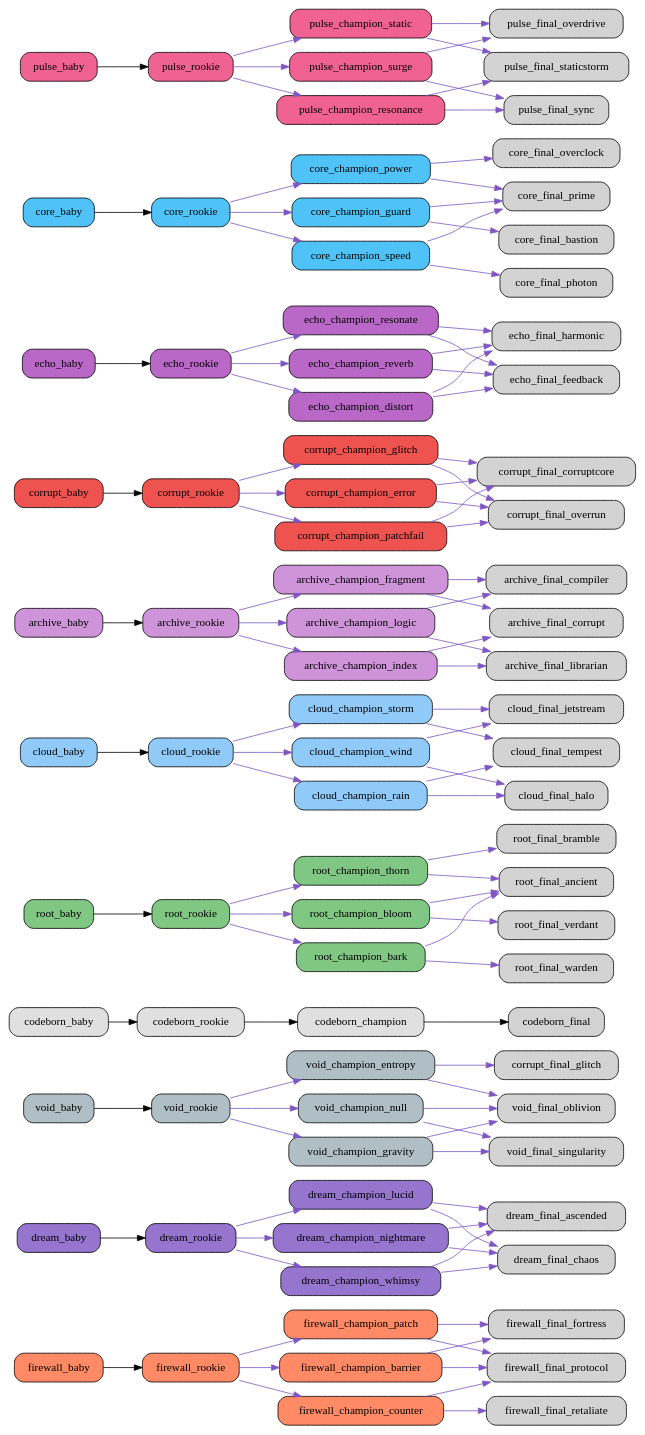
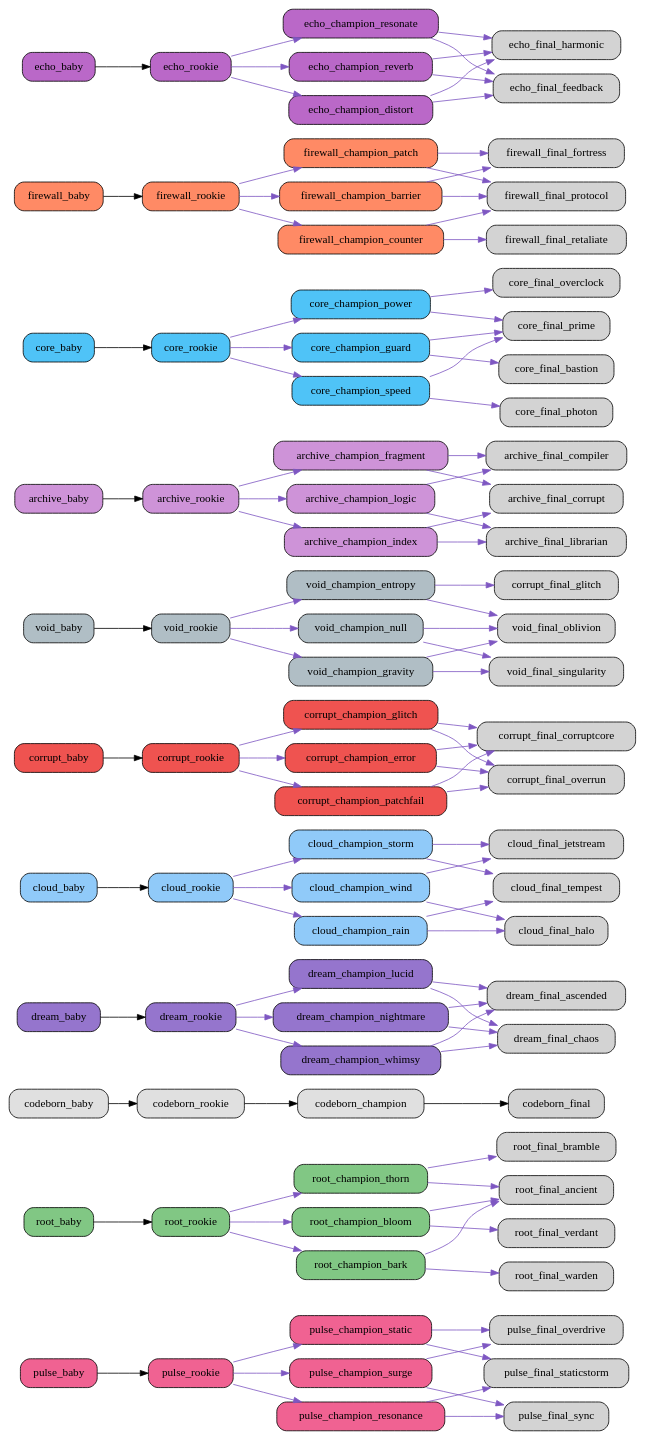
The diagram in src/netgrid/systems/evolution/graphs/full/evolution_graph.dot (bwlight/NetGrid), drawn with Graphviz before and after one commit. The commit also changed other lines of this file and 9 other files, not shown here.

Commit message:
Auto-update evolution graphs

```diff
--- a/src/netgrid/systems/evolution/graphs/full/evolution_graph.dot
+++ b/src/netgrid/systems/evolution/graphs/full/evolution_graph.dot
@@ -1,6 +1,132 @@
 digraph EvolutionTree {
   rankdir=LR;
   node [shape=box, style="rounded,filled"];
+  "pulse_baby" [fillcolor="#f06292"];
+  "pulse_baby" -> "pulse_rookie";
+  "pulse_rookie" [fillcolor="#f06292"];
+  "pulse_rookie" -> "pulse_champion_surge" [color="#7e57c2"];
+  "pulse_rookie" -> "pulse_champion_resonance" [color="#7e57c2"];
+  "pulse_rookie" -> "pulse_champion_static" [color="#7e57c2"];
+  "pulse_champion_surge" [fillcolor="#f06292"];
+  "pulse_champion_surge" -> "pulse_final_overdrive" [color="#7e57c2"];
+  "pulse_champion_surge" -> "pulse_final_sync" [color="#7e57c2"];
+  "pulse_champion_resonance" [fillcolor="#f06292"];
+  "pulse_champion_resonance" -> "pulse_final_sync" [color="#7e57c2"];
+  "pulse_champion_resonance" -> "pulse_final_staticstorm" [color="#7e57c2"];
+  "pulse_champion_static" [fillcolor="#f06292"];
+  "pulse_champion_static" -> "pulse_final_staticstorm" [color="#7e57c2"];
+  "pulse_champion_static" -> "pulse_final_overdrive" [color="#7e57c2"];
+  "root_baby" [fillcolor="#81c784"];
+  "root_baby" -> "root_rookie";
+  "root_rookie" [fillcolor="#81c784"];
+  "root_rookie" -> "root_champion_thorn" [color="#7e57c2"];
+  "root_rookie" -> "root_champion_bloom" [color="#7e57c2"];
+  "root_rookie" -> "root_champion_bark" [color="#7e57c2"];
+  "root_champion_thorn" [fillcolor="#81c784"];
+  "root_champion_thorn" -> "root_final_bramble" [color="#7e57c2"];
+  "root_champion_thorn" -> "root_final_ancient" [color="#7e57c2"];
+  "root_champion_bloom" [fillcolor="#81c784"];
+  "root_champion_bloom" -> "root_final_ancient" [color="#7e57c2"];
+  "root_champion_bloom" -> "root_final_verdant" [color="#7e57c2"];
+  "root_champion_bark" [fillcolor="#81c784"];
+  "root_champion_bark" -> "root_final_warden" [color="#7e57c2"];
+  "root_champion_bark" -> "root_final_ancient" [color="#7e57c2"];
+  "codeborn_baby" [fillcolor="#e0e0e0"];
+  "codeborn_baby" -> "codeborn_rookie";
+  "codeborn_rookie" [fillcolor="#e0e0e0"];
+  "codeborn_rookie" -> "codeborn_champion";
+  "codeborn_champion" [fillcolor="#e0e0e0"];
+  "codeborn_champion" -> "codeborn_final";
+  "dream_baby" [fillcolor="#9575cd"];
+  "dream_baby" -> "dream_rookie";
+  "dream_rookie" [fillcolor="#9575cd"];
+  "dream_rookie" -> "dream_champion_lucid" [color="#7e57c2"];
+  "dream_rookie" -> "dream_champion_nightmare" [color="#7e57c2"];
+  "dream_rookie" -> "dream_champion_whimsy" [color="#7e57c2"];
+  "dream_champion_lucid" [fillcolor="#9575cd"];
+  "dream_champion_lucid" -> "dream_final_ascended" [color="#7e57c2"];
+  "dream_champion_lucid" -> "dream_final_chaos" [color="#7e57c2"];
+  "dream_champion_nightmare" [fillcolor="#9575cd"];
+  "dream_champion_nightmare" -> "dream_final_chaos" [color="#7e57c2"];
+  "dream_champion_nightmare" -> "dream_final_ascended" [color="#7e57c2"];
+  "dream_champion_whimsy" [fillcolor="#9575cd"];
+  "dream_champion_whimsy" -> "dream_final_ascended" [color="#7e57c2"];
+  "dream_champion_whimsy" -> "dream_final_chaos" [color="#7e57c2"];
+  "cloud_baby" [fillcolor="#90caf9"];
+  "cloud_baby" -> "cloud_rookie";
+  "cloud_rookie" [fillcolor="#90caf9"];
+  "cloud_rookie" -> "cloud_champion_wind" [color="#7e57c2"];
+  "cloud_rookie" -> "cloud_champion_rain" [color="#7e57c2"];
+  "cloud_rookie" -> "cloud_champion_storm" [color="#7e57c2"];
+  "cloud_champion_wind" [fillcolor="#90caf9"];
+  "cloud_champion_wind" -> "cloud_final_jetstream" [color="#7e57c2"];
+  "cloud_champion_wind" -> "cloud_final_halo" [color="#7e57c2"];
+  "cloud_champion_rain" [fillcolor="#90caf9"];
+  "cloud_champion_rain" -> "cloud_final_halo" [color="#7e57c2"];
+  "cloud_champion_rain" -> "cloud_final_tempest" [color="#7e57c2"];
+  "cloud_champion_storm" [fillcolor="#90caf9"];
+  "cloud_champion_storm" -> "cloud_final_tempest" [color="#7e57c2"];
+  "cloud_champion_storm" -> "cloud_final_jetstream" [color="#7e57c2"];
+  "corrupt_baby" [fillcolor="#ef5350"];
+  "corrupt_baby" -> "corrupt_rookie";
+  "corrupt_rookie" [fillcolor="#ef5350"];
+  "corrupt_rookie" -> "corrupt_champion_glitch" [color="#7e57c2"];
+  "corrupt_rookie" -> "corrupt_champion_error" [color="#7e57c2"];
+  "corrupt_rookie" -> "corrupt_champion_patchfail" [color="#7e57c2"];
+  "corrupt_champion_glitch" [fillcolor="#ef5350"];
+  "corrupt_champion_glitch" -> "corrupt_final_corruptcore" [color="#7e57c2"];
+  "corrupt_champion_glitch" -> "corrupt_final_overrun" [color="#7e57c2"];
+  "corrupt_champion_error" [fillcolor="#ef5350"];
+  "corrupt_champion_error" -> "corrupt_final_overrun" [color="#7e57c2"];
+  "corrupt_champion_error" -> "corrupt_final_corruptcore" [color="#7e57c2"];
+  "corrupt_champion_patchfail" [fillcolor="#ef5350"];
+  "corrupt_champion_patchfail" -> "corrupt_final_corruptcore" [color="#7e57c2"];
+  "corrupt_champion_patchfail" -> "corrupt_final_overrun" [color="#7e57c2"];
+  "void_baby" [fillcolor="#b0bec5"];
+  "void_baby" -> "void_rookie";
+  "void_rookie" [fillcolor="#b0bec5"];
+  "void_rookie" -> "void_champion_entropy" [color="#7e57c2"];
+  "void_rookie" -> "void_champion_gravity" [color="#7e57c2"];
+  "void_rookie" -> "void_champion_null" [color="#7e57c2"];
+  "void_champion_entropy" [fillcolor="#b0bec5"];
+  "void_champion_entropy" -> "corrupt_final_glitch" [color="#7e57c2"];
+  "void_champion_entropy" -> "void_final_oblivion" [color="#7e57c2"];
+  "void_champion_gravity" [fillcolor="#b0bec5"];
+  "void_champion_gravity" -> "void_final_singularity" [color="#7e57c2"];
+  "void_champion_gravity" -> "void_final_oblivion" [color="#7e57c2"];
+  "void_champion_null" [fillcolor="#b0bec5"];
+  "void_champion_null" -> "void_final_oblivion" [color="#7e57c2"];
+  "void_champion_null" -> "void_final_singularity" [color="#7e57c2"];
+  "archive_baby" [fillcolor="#ce93d8"];
+  "archive_baby" -> "archive_rookie";
+  "archive_rookie" [fillcolor="#ce93d8"];
+  "archive_rookie" -> "archive_champion_logic" [color="#7e57c2"];
+  "archive_rookie" -> "archive_champion_index" [color="#7e57c2"];
+  "archive_rookie" -> "archive_champion_fragment" [color="#7e57c2"];
+  "archive_champion_logic" [fillcolor="#ce93d8"];
+  "archive_champion_logic" -> "archive_final_compiler" [color="#7e57c2"];
+  "archive_champion_logic" -> "archive_final_librarian" [color="#7e57c2"];
+  "archive_champion_index" [fillcolor="#ce93d8"];
+  "archive_champion_index" -> "archive_final_librarian" [color="#7e57c2"];
+  "archive_champion_index" -> "archive_final_corrupt" [color="#7e57c2"];
+  "archive_champion_fragment" [fillcolor="#ce93d8"];
+  "archive_champion_fragment" -> "archive_final_corrupt" [color="#7e57c2"];
+  "archive_champion_fragment" -> "archive_final_compiler" [color="#7e57c2"];
+  "core_baby" [fillcolor="#4fc3f7"];
+  "core_baby" -> "core_rookie";
+  "core_rookie" [fillcolor="#4fc3f7"];
+  "core_rookie" -> "core_champion_power" [color="#7e57c2"];
+  "core_rookie" -> "core_champion_guard" [color="#7e57c2"];
+  "core_rookie" -> "core_champion_speed" [color="#7e57c2"];
+  "core_champion_power" [fillcolor="#4fc3f7"];
+  "core_champion_power" -> "core_final_overclock" [color="#7e57c2"];
+  "core_champion_power" -> "core_final_prime" [color="#7e57c2"];
+  "core_champion_guard" [fillcolor="#4fc3f7"];
+  "core_champion_guard" -> "core_final_bastion" [color="#7e57c2"];
+  "core_champion_guard" -> "core_final_prime" [color="#7e57c2"];
+  "core_champion_speed" [fillcolor="#4fc3f7"];
+  "core_champion_speed" -> "core_final_photon" [color="#7e57c2"];
+  "core_champion_speed" -> "core_final_prime" [color="#7e57c2"];
   "firewall_baby" [fillcolor="#ff8a65"];
   "firewall_baby" -> "firewall_rookie";
   "firewall_rookie" [fillcolor="#ff8a65"];
@@ -16,102 +142,6 @@
   "firewall_champion_patch" [fillcolor="#ff8a65"];
   "firewall_champion_patch" -> "firewall_final_protocol" [color="#7e57c2"];
   "firewall_champion_patch" -> "firewall_final_fortress" [color="#7e57c2"];
-  "dream_baby" [fillcolor="#9575cd"];
-  "dream_baby" -> "dream_rookie";
-  "dream_rookie" [fillcolor="#9575cd"];
-  "dream_rookie" -> "dream_champion_lucid" [color="#7e57c2"];
-  "dream_rookie" -> "dream_champion_nightmare" [color="#7e57c2"];
-  "dream_rookie" -> "dream_champion_whimsy" [color="#7e57c2"];
-  "dream_champion_lucid" [fillcolor="#9575cd"];
-  "dream_champion_lucid" -> "dream_final_ascended" [color="#7e57c2"];
-  "dream_champion_lucid" -> "dream_final_chaos" [color="#7e57c2"];
-  "dream_champion_nightmare" [fillcolor="#9575cd"];
-  "dream_champion_nightmare" -> "dream_final_chaos" [color="#7e57c2"];
-  "dream_champion_nightmare" -> "dream_final_ascended" [color="#7e57c2"];
-  "dream_champion_whimsy" [fillcolor="#9575cd"];
-  "dream_champion_whimsy" -> "dream_final_ascended" [color="#7e57c2"];
-  "dream_champion_whimsy" -> "dream_final_chaos" [color="#7e57c2"];
-  "void_baby" [fillcolor="#b0bec5"];
-  "void_baby" -> "void_rookie";
-  "void_rookie" [fillcolor="#b0bec5"];
-  "void_rookie" -> "void_champion_entropy" [color="#7e57c2"];
-  "void_rookie" -> "void_champion_gravity" [color="#7e57c2"];
-  "void_rookie" -> "void_champion_null" [color="#7e57c2"];
-  "void_champion_entropy" [fillcolor="#b0bec5"];
-  "void_champion_entropy" -> "corrupt_final_glitch" [color="#7e57c2"];
-  "void_champion_entropy" -> "void_final_oblivion" [color="#7e57c2"];
-  "void_champion_gravity" [fillcolor="#b0bec5"];
-  "void_champion_gravity" -> "void_final_singularity" [color="#7e57c2"];
-  "void_champion_gravity" -> "void_final_oblivion" [color="#7e57c2"];
-  "void_champion_null" [fillcolor="#b0bec5"];
-  "void_champion_null" -> "void_final_oblivion" [color="#7e57c2"];
-  "void_champion_null" -> "void_final_singularity" [color="#7e57c2"];
-  "codeborn_baby" [fillcolor="#e0e0e0"];
-  "codeborn_baby" -> "codeborn_rookie";
-  "codeborn_rookie" [fillcolor="#e0e0e0"];
-  "codeborn_rookie" -> "codeborn_champion";
-  "codeborn_champion" [fillcolor="#e0e0e0"];
-  "codeborn_champion" -> "codeborn_final";
-  "root_baby" [fillcolor="#81c784"];
-  "root_baby" -> "root_rookie";
-  "root_rookie" [fillcolor="#81c784"];
-  "root_rookie" -> "root_champion_thorn" [color="#7e57c2"];
-  "root_rookie" -> "root_champion_bloom" [color="#7e57c2"];
-  "root_rookie" -> "root_champion_bark" [color="#7e57c2"];
-  "root_champion_thorn" [fillcolor="#81c784"];
-  "root_champion_thorn" -> "root_final_bramble" [color="#7e57c2"];
-  "root_champion_thorn" -> "root_final_ancient" [color="#7e57c2"];
-  "root_champion_bloom" [fillcolor="#81c784"];
-  "root_champion_bloom" -> "root_final_ancient" [color="#7e57c2"];
-  "root_champion_bloom" -> "root_final_verdant" [color="#7e57c2"];
-  "root_champion_bark" [fillcolor="#81c784"];
-  "root_champion_bark" -> "root_final_warden" [color="#7e57c2"];
-  "root_champion_bark" -> "root_final_ancient" [color="#7e57c2"];
-  "cloud_baby" [fillcolor="#90caf9"];
-  "cloud_baby" -> "cloud_rookie";
-  "cloud_rookie" [fillcolor="#90caf9"];
-  "cloud_rookie" -> "cloud_champion_wind" [color="#7e57c2"];
-  "cloud_rookie" -> "cloud_champion_rain" [color="#7e57c2"];
-  "cloud_rookie" -> "cloud_champion_storm" [color="#7e57c2"];
-  "cloud_champion_wind" [fillcolor="#90caf9"];
-  "cloud_champion_wind" -> "cloud_final_jetstream" [color="#7e57c2"];
-  "cloud_champion_wind" -> "cloud_final_halo" [color="#7e57c2"];
-  "cloud_champion_rain" [fillcolor="#90caf9"];
-  "cloud_champion_rain" -> "cloud_final_halo" [color="#7e57c2"];
-  "cloud_champion_rain" -> "cloud_final_tempest" [color="#7e57c2"];
-  "cloud_champion_storm" [fillcolor="#90caf9"];
-  "cloud_champion_storm" -> "cloud_final_tempest" [color="#7e57c2"];
-  "cloud_champion_storm" -> "cloud_final_jetstream" [color="#7e57c2"];
-  "archive_baby" [fillcolor="#ce93d8"];
-  "archive_baby" -> "archive_rookie";
-  "archive_rookie" [fillcolor="#ce93d8"];
-  "archive_rookie" -> "archive_champion_logic" [color="#7e57c2"];
-  "archive_rookie" -> "archive_champion_index" [color="#7e57c2"];
-  "archive_rookie" -> "archive_champion_fragment" [color="#7e57c2"];
-  "archive_champion_logic" [fillcolor="#ce93d8"];
-  "archive_champion_logic" -> "archive_final_compiler" [color="#7e57c2"];
-  "archive_champion_logic" -> "archive_final_librarian" [color="#7e57c2"];
-  "archive_champion_index" [fillcolor="#ce93d8"];
-  "archive_champion_index" -> "archive_final_librarian" [color="#7e57c2"];
-  "archive_champion_index" -> "archive_final_corrupt" [color="#7e57c2"];
-  "archive_champion_fragment" [fillcolor="#ce93d8"];
-  "archive_champion_fragment" -> "archive_final_corrupt" [color="#7e57c2"];
-  "archive_champion_fragment" -> "archive_final_compiler" [color="#7e57c2"];
-  "corrupt_baby" [fillcolor="#ef5350"];
-  "corrupt_baby" -> "corrupt_rookie";
-  "corrupt_rookie" [fillcolor="#ef5350"];
-  "corrupt_rookie" -> "corrupt_champion_glitch" [color="#7e57c2"];
-  "corrupt_rookie" -> "corrupt_champion_error" [color="#7e57c2"];
-  "corrupt_rookie" -> "corrupt_champion_patchfail" [color="#7e57c2"];
-  "corrupt_champion_glitch" [fillcolor="#ef5350"];
-  "corrupt_champion_glitch" -> "corrupt_final_corruptcore" [color="#7e57c2"];
-  "corrupt_champion_glitch" -> "corrupt_final_overrun" [color="#7e57c2"];
-  "corrupt_champion_error" [fillcolor="#ef5350"];
-  "corrupt_champion_error" -> "corrupt_final_overrun" [color="#7e57c2"];
-  "corrupt_champion_error" -> "corrupt_final_corruptcore" [color="#7e57c2"];
-  "corrupt_champion_patchfail" [fillcolor="#ef5350"];
-  "corrupt_champion_patchfail" -> "corrupt_final_corruptcore" [color="#7e57c2"];
-  "corrupt_champion_patchfail" -> "corrupt_final_overrun" [color="#7e57c2"];
   "echo_baby" [fillcolor="#ba68c8"];
   "echo_baby" -> "echo_rookie";
   "echo_rookie" [fillcolor="#ba68c8"];
@@ -127,34 +157,4 @@
   "echo_champion_distort" [fillcolor="#ba68c8"];
   "echo_champion_distort" -> "echo_final_feedback" [color="#7e57c2"];
   "echo_champion_distort" -> "echo_final_harmonic" [color="#7e57c2"];
-  "core_baby" [fillcolor="#4fc3f7"];
-  "core_baby" -> "core_rookie";
-  "core_rookie" [fillcolor="#4fc3f7"];
-  "core_rookie" -> "core_champion_power" [color="#7e57c2"];
-  "core_rookie" -> "core_champion_guard" [color="#7e57c2"];
-  "core_rookie" -> "core_champion_speed" [color="#7e57c2"];
-  "core_champion_power" [fillcolor="#4fc3f7"];
-  "core_champion_power" -> "core_final_overclock" [color="#7e57c2"];
-  "core_champion_power" -> "core_final_prime" [color="#7e57c2"];
-  "core_champion_guard" [fillcolor="#4fc3f7"];
-  "core_champion_guard" -> "core_final_bastion" [color="#7e57c2"];
-  "core_champion_guard" -> "core_final_prime" [color="#7e57c2"];
-  "core_champion_speed" [fillcolor="#4fc3f7"];
-  "core_champion_speed" -> "core_final_photon" [color="#7e57c2"];
-  "core_champion_speed" -> "core_final_prime" [color="#7e57c2"];
-  "pulse_baby" [fillcolor="#f06292"];
-  "pulse_baby" -> "pulse_rookie";
-  "pulse_rookie" [fillcolor="#f06292"];
-  "pulse_rookie" -> "pulse_champion_surge" [color="#7e57c2"];
-  "pulse_rookie" -> "pulse_champion_resonance" [color="#7e57c2"];
-  "pulse_rookie" -> "pulse_champion_static" [color="#7e57c2"];
-  "pulse_champion_surge" [fillcolor="#f06292"];
-  "pulse_champion_surge" -> "pulse_final_overdrive" [color="#7e57c2"];
-  "pulse_champion_surge" -> "pulse_final_sync" [color="#7e57c2"];
-  "pulse_champion_resonance" [fillcolor="#f06292"];
-  "pulse_champion_resonance" -> "pulse_final_sync" [color="#7e57c2"];
-  "pulse_champion_resonance" -> "pulse_final_staticstorm" [color="#7e57c2"];
-  "pulse_champion_static" [fillcolor="#f06292"];
-  "pulse_champion_static" -> "pulse_final_staticstorm" [color="#7e57c2"];
-  "pulse_champion_static" -> "pulse_final_overdrive" [color="#7e57c2"];
 }
```
